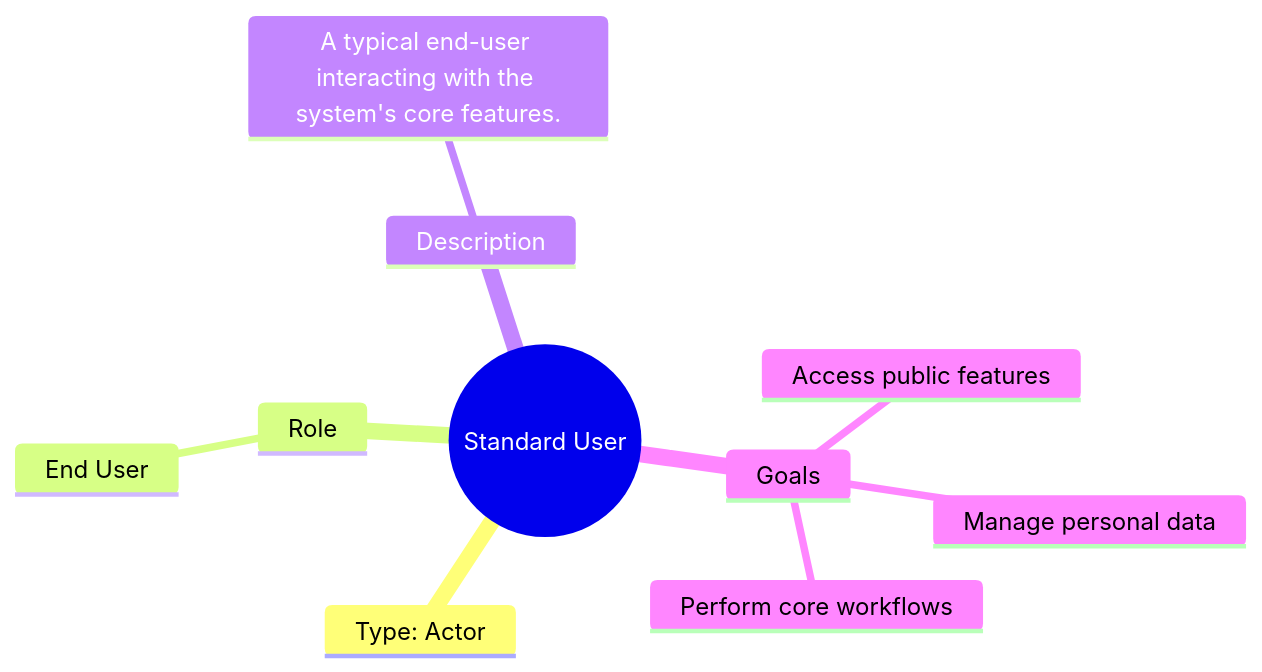
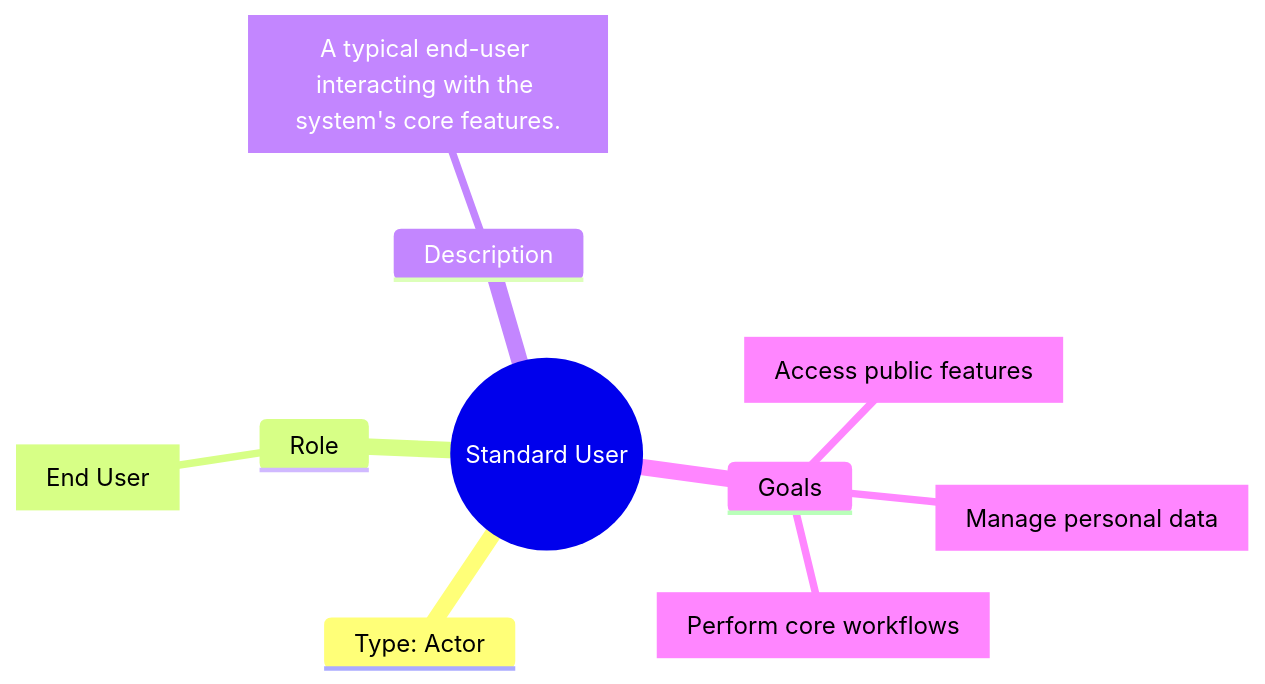
The diagram in packages/core/templates/scaffolds/personas/PER_User.mermaid (futurefoundai/foundryspec), drawn with Mermaid before and after one commit. The commit also changed 13 other files, not shown here.

```diff
--- a/packages/core/templates/scaffolds/personas/PER_User.mermaid
+++ b/packages/core/templates/scaffolds/personas/PER_User.mermaid
@@ -1,16 +1,16 @@
 ---
 title: Standard User
 description: A typical end-user of the system.
 id: "PER_User"
 ---
 mindmap
   PER_User((Standard User))
     Type: Actor
     Role
-      End User
+      ROLE["End User"]
     Description
-      A typical end-user interacting with the system's core features.
+      DESCRIPTION["A typical end-user interacting with the system's core features."]
     Goals
-      Access public features
-      Manage personal data
-      Perform core workflows
+      GOAL_1["Access public features"]
+      GOAL_2["Manage personal data"]
+      GOAL_3["Perform core workflows"]
```
